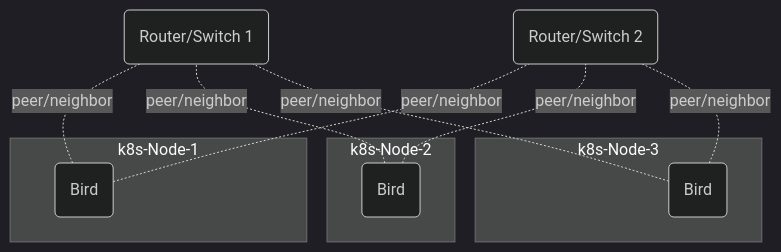
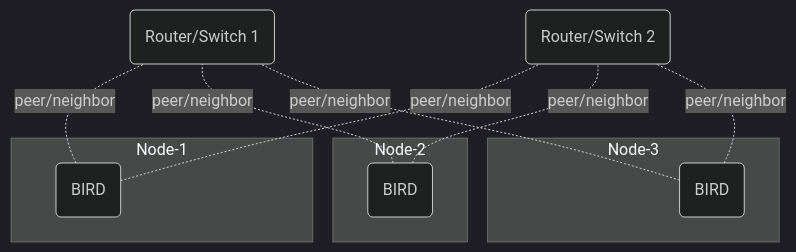
One commit to purelb/purelb changed the diagram in website/content/how_it_works/bundledbird/_index.md. Above: the diagram before and after it, drawn with Mermaid (dark theme). The commit also changed other lines of this file and 8 other files, not shown here.

```diff
--- a/website/content/how_it_works/bundledbird/_index.md
+++ b/website/content/how_it_works/bundledbird/_index.md
@@ -11,28 +9,28 @@
 {{<mermaid align="center">}}
 
   graph BT;
 
     A(Router/Switch 1);
     B(Router/Switch 2);
 
-    subgraph k8s-Node-1
-      C1(Bird)
+    subgraph Node-1
+      C1(BIRD)
     end
 
-    subgraph k8s-Node-2
-      D1(Bird)
+    subgraph Node-2
+      D1(BIRD)
     end
 
-    subgraph k8s-Node-3
-      E1(Bird)
+    subgraph Node-3
+      E1(BIRD)
     end
 
     C1-.-|peer/neighbor|A;
     C1-.-|peer/neighbor|B;
     D1-.-|peer/neighbor|A;
     D1-.-|peer/neighbor|B;
     E1-.-|peer/neighbor|A;
     E1-.-|peer/neighbor|B;
 
 
 {{</mermaid>}}
```
